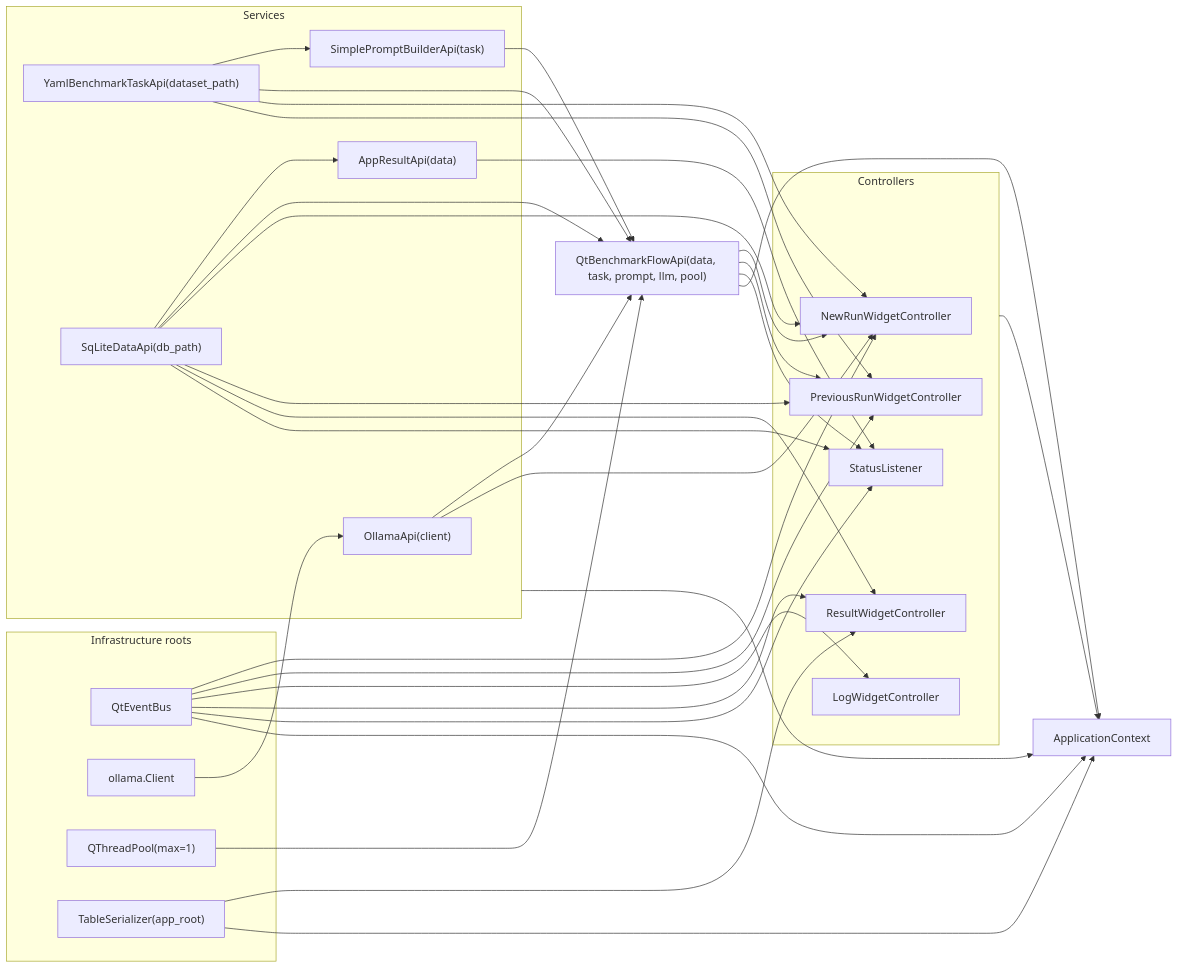
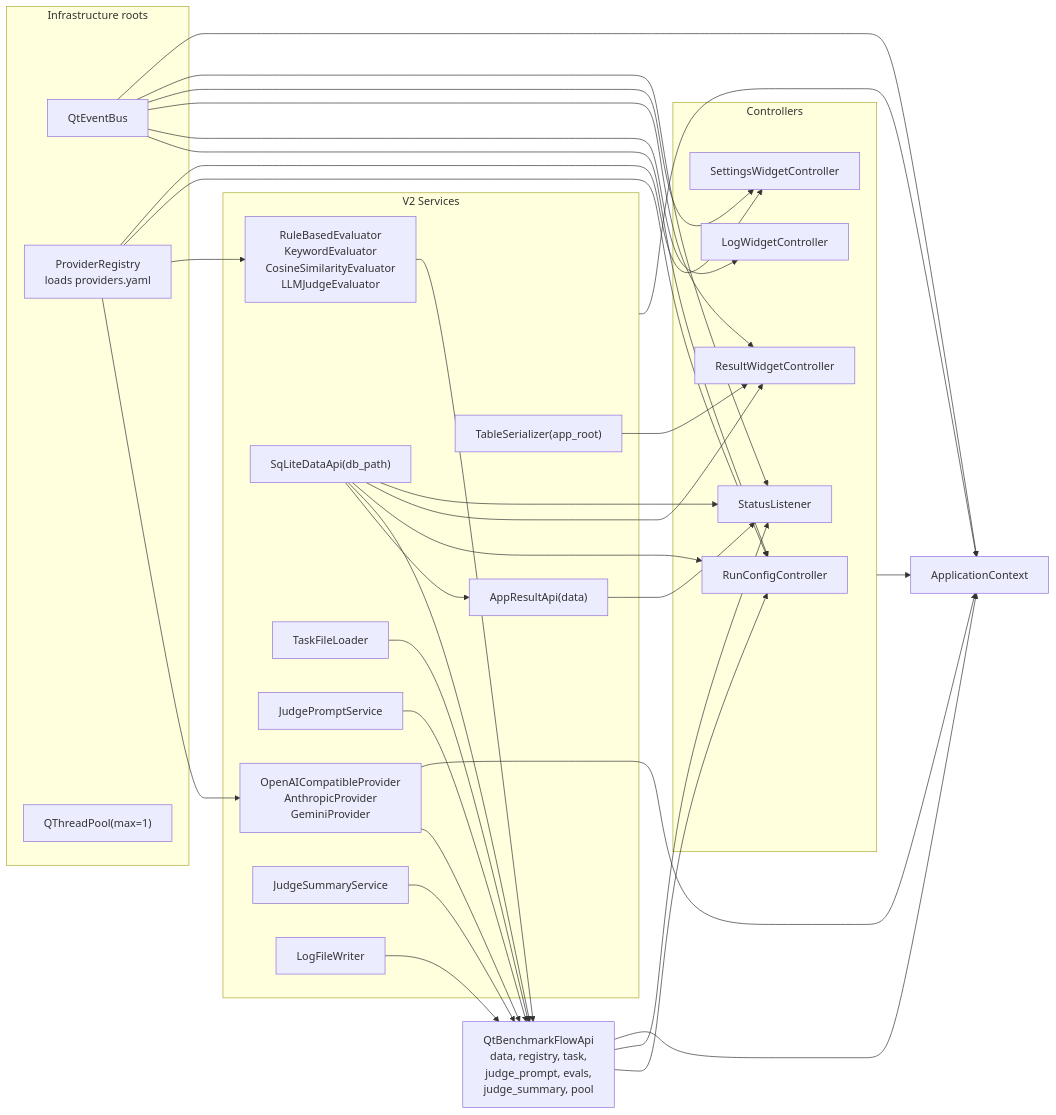
One commit to sanyokkua/ollama_llm_bench changed the third of 4 diagrams in docs/architecture.md. Above: the diagram before and after it, drawn with Mermaid. The commit also changed other lines of this file and 202 other files, not shown here.

Commit message:
V2 redesign: settings DB migration, multi-provider benchmarking, UX fixes, tests, and docs

````diff
--- a/docs/architecture.md
+++ b/docs/architecture.md
@@ -161,62 +166,64 @@
 ```mermaid
 flowchart LR
     subgraph roots["Infrastructure roots"]
         bus["QtEventBus"]
-        client["ollama.Client"]
+        registry["ProviderRegistry<br/>loads providers.yaml"]
         pool["QThreadPool(max=1)"]
+    end
+
+    subgraph svc["V2 Services"]
+        providers["OpenAICompatibleProvider<br/>AnthropicProvider<br/>GeminiProvider"]
+        data["SqLiteDataApi(db_path)"]
+        result["AppResultApi(data)"]
+        task["TaskFileLoader"]
+        prompt["JudgePromptService"]
+        evals["RuleBasedEvaluator<br/>KeywordEvaluator<br/>CosineSimilarityEvaluator<br/>LLMJudgeEvaluator"]
+        judge_summary["JudgeSummaryService"]
+        log_writer["LogFileWriter"]
         serializer["TableSerializer(app_root)"]
     end
 
-    subgraph svc["Services"]
-        llm["OllamaApi(client)"]
-        task["YamlBenchmarkTaskApi(dataset_path)"]
-        prompt["SimplePromptBuilderApi(task)"]
-        data["SqLiteDataApi(db_path)"]
-        result["AppResultApi(data)"]
-    end
-
-    flow["QtBenchmarkFlowApi(data, task, prompt, llm, pool)"]
+    flow["QtBenchmarkFlowApi<br/>data, registry, task,<br/>judge_prompt, evals,<br/>judge_summary, pool"]
 
     subgraph ctrls["Controllers"]
-        newctrl["NewRunWidgetController"]
-        prevctrl["PreviousRunWidgetController"]
+        runconfig["RunConfigController"]
         logctrl["LogWidgetController"]
         resctrl["ResultWidgetController"]
+        settingsctrl["SettingsWidgetController"]
         listener["StatusListener"]
     end
 
     ctx["ApplicationContext"]
 
-    client --> llm
-    llm --> flow
-    task --> prompt
+    registry --> providers
+    registry --> evals
+    providers --> flow
+    data --> result
+    data --> flow
     task --> flow
     prompt --> flow
-    data --> result
-    data --> flow
-    pool --> flow
+    evals --> flow
+    judge_summary --> flow
+    log_writer --> flow
 
-    bus --> newctrl
-    bus --> prevctrl
+    bus --> runconfig
     bus --> logctrl
     bus --> resctrl
+    bus --> settingsctrl
     bus --> listener
-    flow --> newctrl
-    flow --> prevctrl
+    flow --> runconfig
     flow --> listener
-    data --> newctrl
-    data --> prevctrl
+    data --> runconfig
     data --> resctrl
     data --> listener
-    llm --> newctrl
-    task --> newctrl
-    task --> prevctrl
+    registry --> runconfig
+    registry --> settingsctrl
     result --> listener
     serializer --> resctrl
 
     svc --> ctx
+    providers --> ctx
     flow --> ctx
     bus --> ctx
-    serializer --> ctx
     ctrls --> ctx
 ```
````
